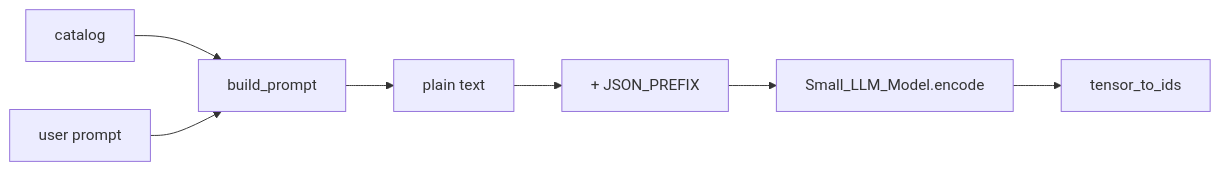
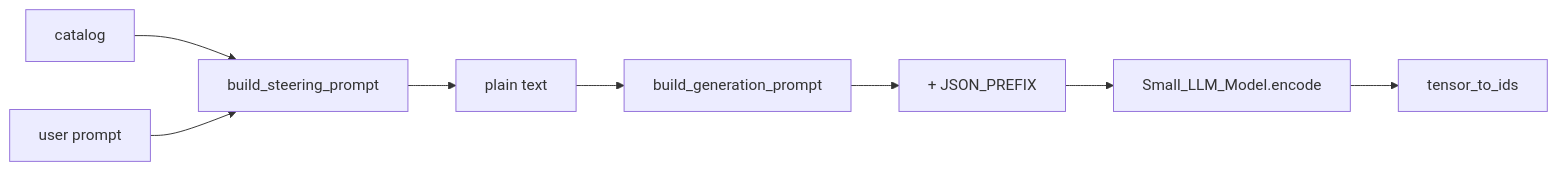
One commit to fathe4wiin/Call-Me-Maybe changed the fifth of 11 diagrams in workflow.md. Above: the diagram before and after it, drawn with Mermaid. The commit also changed other lines of this file and 4 other files, not shown here.

````diff
--- a/workflow.md
+++ b/workflow.md
@@ -133,9 +137,10 @@
 ```mermaid
 flowchart LR
-    C["catalog"] --> BP["build_prompt"]
+    C["catalog"] --> BP["build_steering_prompt"]
     U["user prompt"] --> BP
     BP --> TXT["plain text"]
-    TXT --> PRE["+ JSON_PREFIX"]
+    TXT --> GP["build_generation_prompt"]
+    GP --> PRE["+ JSON_PREFIX"]
     PRE --> ENC["Small_LLM_Model.encode"]
     ENC --> IDS["tensor_to_ids"]
 ```
````
